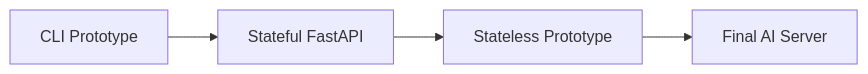
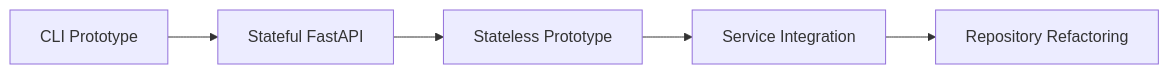
One commit to jatuli-25-2/ai changed the third of 3 diagrams in README.md. Above: the diagram before and after it, drawn with Mermaid. The commit also changed other lines of this file, not shown here.

Commit message:
Align portfolio README with audited repository state

````diff
--- a/README.md
+++ b/README.md
@@ -491,4 +526,4 @@
 ```mermaid
 flowchart LR
-    A[CLI Prototype] --> B[Stateful FastAPI] --> C[Stateless Prototype] --> D[Final AI Server]
+    A[CLI Prototype] --> B[Stateful FastAPI] --> C[Stateless Prototype] --> D[Service Integration] --> E[Repository Refactoring]
 ```
````
